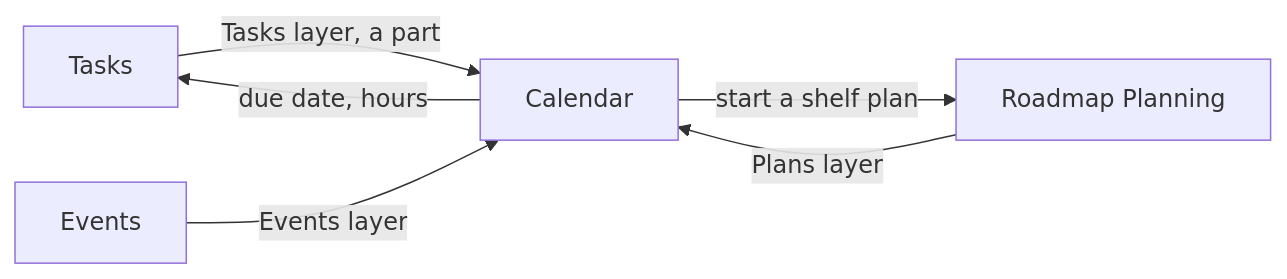
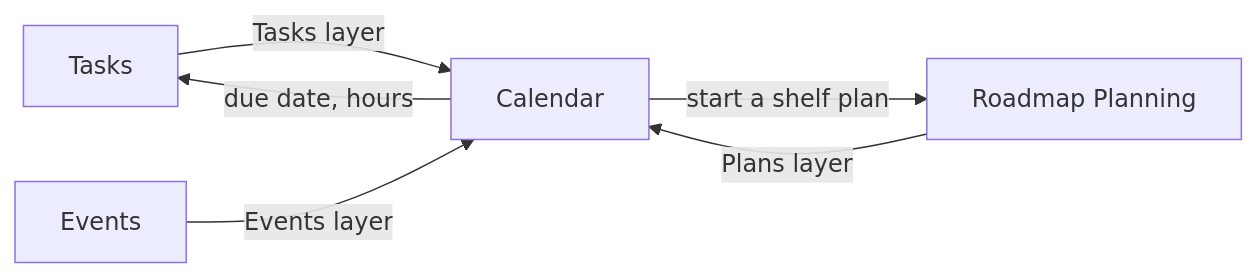
The diagram in .devbook/domain/calendar/context.md (JSdotNet/Backlog), drawn with Mermaid before and after one commit. The commit also changed other lines of this file and 16 other files, not shown here.

First line of the commit message:
docs(devbook): ADR 0056 - the Calendar owns its grid, Tasks is one layer

````diff
--- a/.devbook/domain/calendar/context.md
+++ b/.devbook/domain/calendar/context.md
@@ -29,8 +30,8 @@
 ```mermaid
 flowchart LR
-    Tasks -->|"Tasks layer, a part"| Calendar
+    Tasks -->|Tasks layer| Calendar
     Roadmap["Roadmap Planning"] -->|Plans layer| Calendar
     Events -->|Events layer| Calendar
     Calendar -->|"due date, hours"| Tasks
     Calendar -->|"start a shelf plan"| Roadmap
 ```
````
